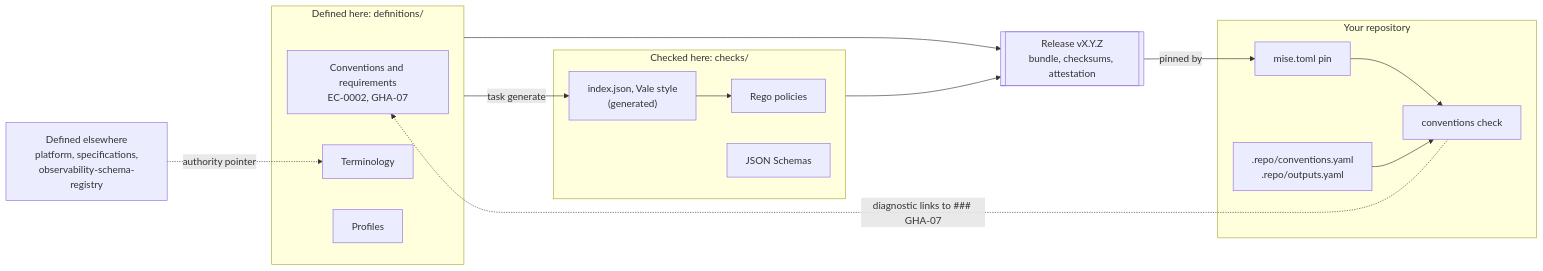
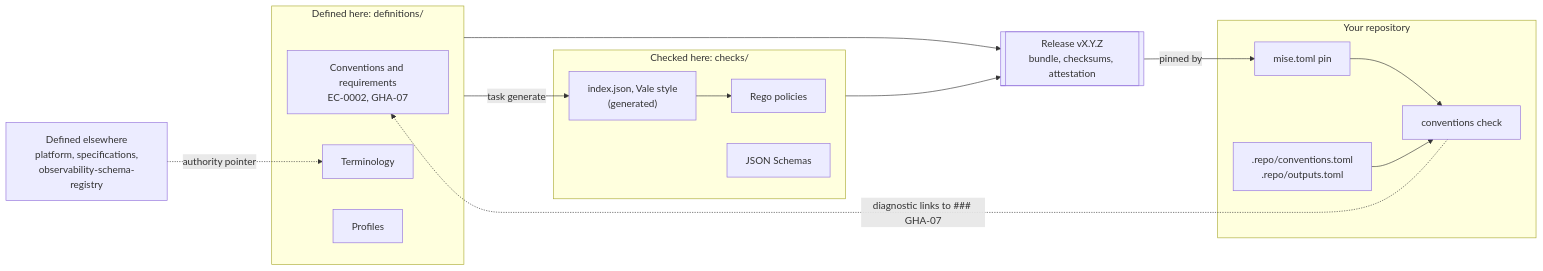
One commit to musher-dev/engineering-conventions changed the diagram in README.md. Above: the diagram before and after it, drawn with Mermaid. The commit also changed other lines of this file and 126 other files, not shown here.

First line of the commit message:
feat(conventions)!: move the .repo/ declarations to TOML

````diff
--- a/README.md
+++ b/README.md
@@ -54,30 +54,30 @@
 ```mermaid
 flowchart LR
   subgraph defined["Defined here: definitions/"]
     conventions["Conventions and requirements<br/>EC-0002, GHA-07"]
     terminology["Terminology"]
     profiles["Profiles"]
   end
   subgraph checked["Checked here: checks/"]
     rego["Rego policies"]
     schemas["JSON Schemas"]
     generated["index.json, Vale style<br/>(generated)"]
   end
   release[["Release vX.Y.Z<br/>bundle, checksums, attestation"]]
   subgraph yours["Your repository"]
     pin["mise.toml pin"]
-    declarations[".repo/conventions.yaml<br/>.repo/outputs.yaml"]
+    declarations[".repo/conventions.toml<br/>.repo/outputs.toml"]
     check["conventions check"]
   end
   upstream["Defined elsewhere<br/>platform, specifications,<br/>observability-schema-registry"]
 
   defined -- "task generate" --> generated
   generated --> rego
   defined --> release
   checked --> release
   release -- "pinned by" --> pin
   pin --> check
   declarations --> check
   check -. "diagnostic links to ### GHA-07" .-> conventions
   upstream -. "authority pointer" .-> terminology
 ```
````
